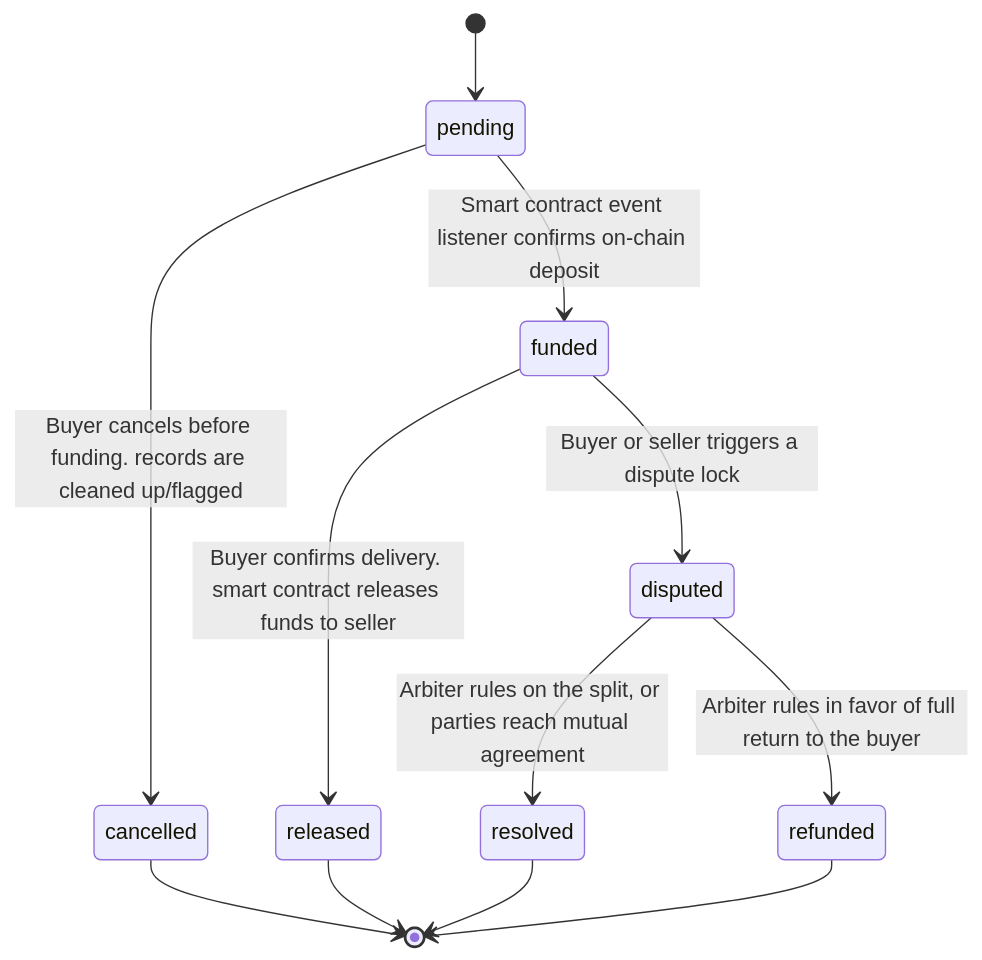
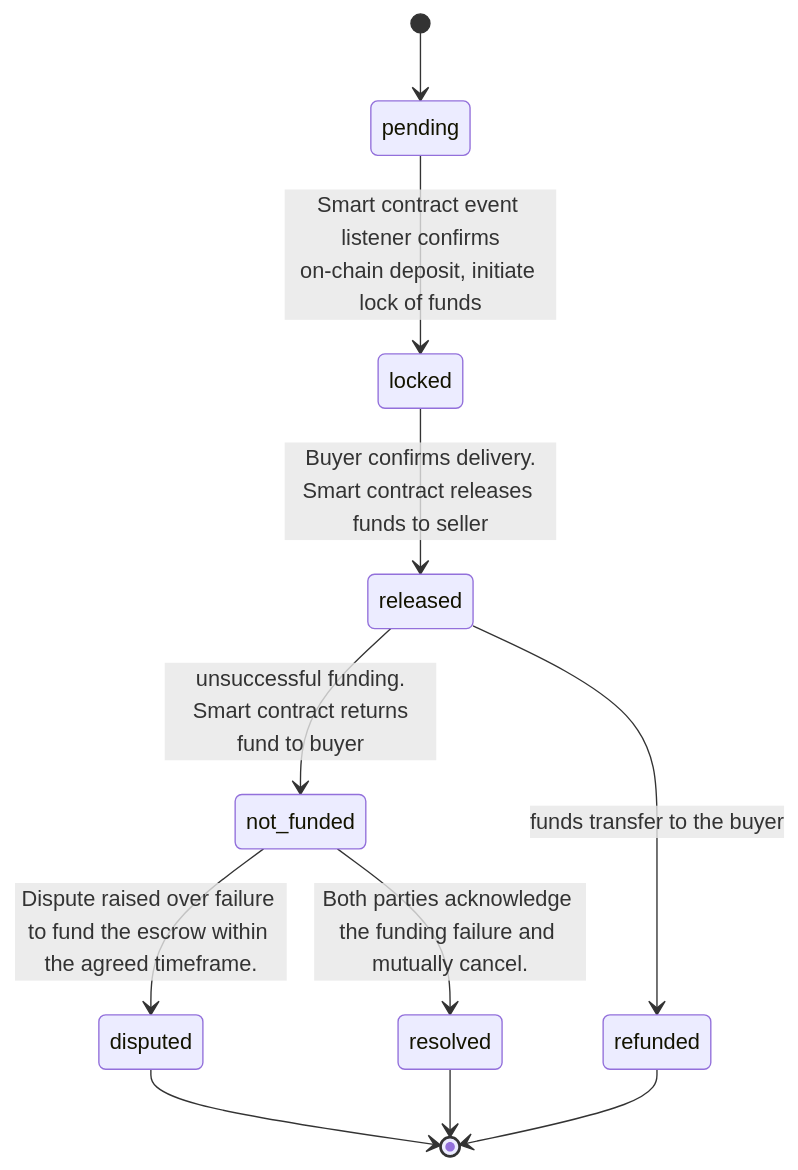
The second of 2 diagrams in docs/BACKEND_ARCHITECTURE.md (hyperstack-labs/byreixwift), drawn with Mermaid before and after one commit. The commit also changed other lines of this file and 33 other files, not shown here.

````diff
--- a/docs/BACKEND_ARCHITECTURE.md
+++ b/docs/BACKEND_ARCHITECTURE.md
@@ -31,18 +31,18 @@
 ```mermaid
 stateDiagram-v2
-    [*] --> pending
+   [*] --> pending
 
-    pending --> funded : Smart contract event listener confirms on-chain deposit
-    pending --> cancelled : Buyer cancels before funding. records are cleaned up/flagged
+   pending --> locked : Smart contract event listener confirms<br/>on-chain deposit, initiate lock of funds
+   
+   locked --> released : Buyer confirms delivery.<br/>Smart contract releases funds to seller
+   released --> refunded : funds transfer to the buyer
 
-    funded --> released : Buyer confirms delivery. smart contract releases funds to seller
-    funded --> disputed : Buyer or seller triggers a dispute lock
+   released --> not_funded : unsuccessful funding.<br/> Smart contract returns fund to buyer
 
-    disputed --> resolved : Arbiter rules on the split, or parties reach mutual agreement
-    disputed --> refunded : Arbiter rules in favor of full return to the buyer
+   not_funded --> disputed : Dispute raised over failure to fund the escrow within the agreed timeframe.
+   not_funded --> resolved : Both parties acknowledge the funding failure and mutually cancel.
 
-    cancelled --> [*]
-    released --> [*]
-    resolved --> [*]
-    refunded --> [*]
+   disputed --> [*]
+   resolved --> [*]
+   refunded --> [*]
 ```
````
